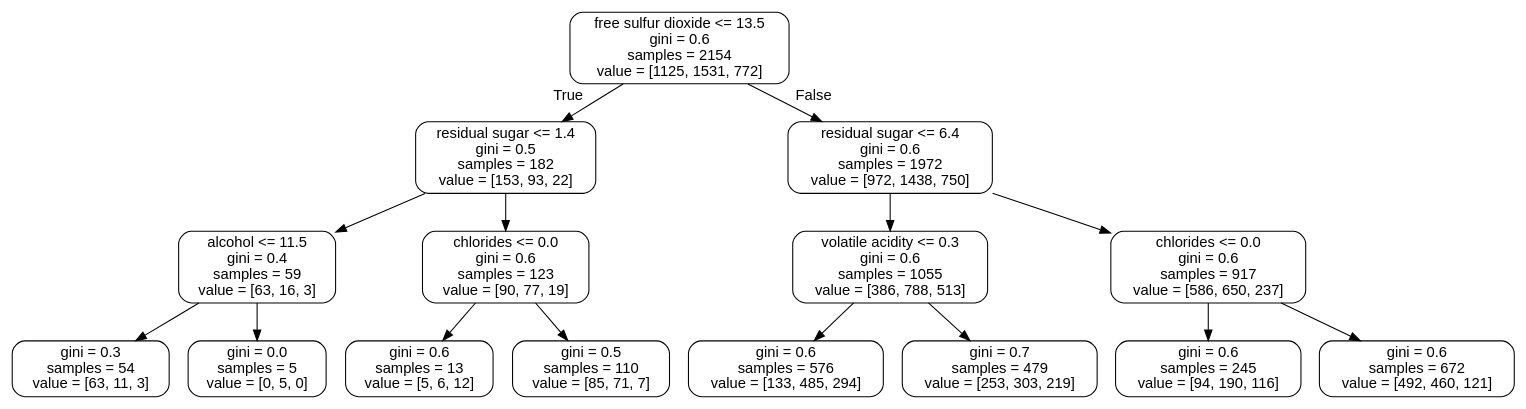
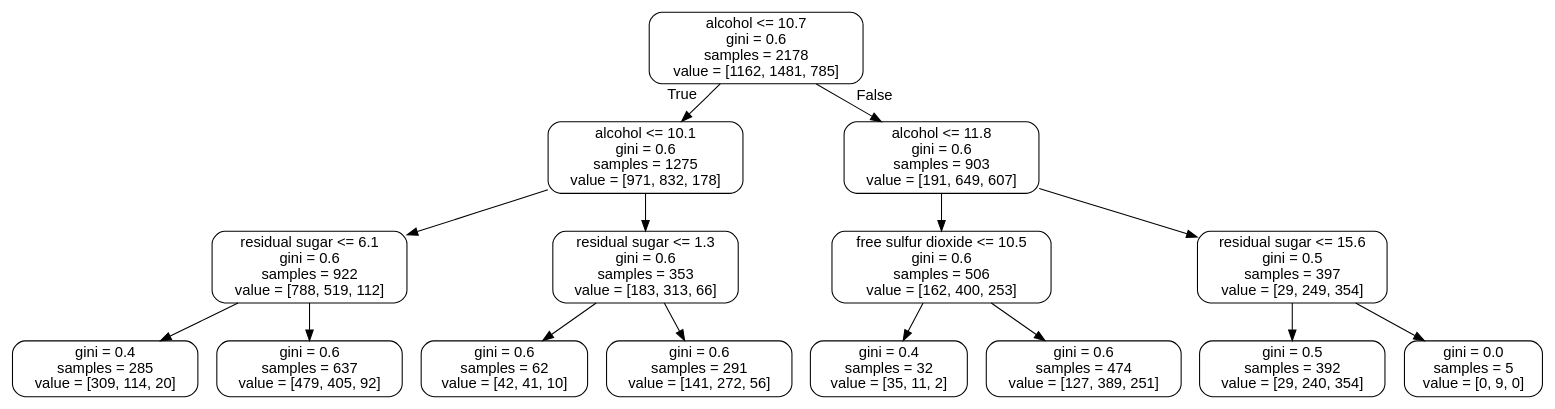
One commit to killianmeehan/Wine-analysis changed the diagram in small_tree.dot. Above: the diagram before and after it, drawn with Graphviz. The commit also changed 9 other files, not shown here.

```diff
--- a/small_tree.dot
+++ b/small_tree.dot
@@ -1,33 +1,33 @@
 digraph Tree {
 node [shape=box, style="rounded", color="black", fontname=helvetica] ;
 edge [fontname=helvetica] ;
-0 [label="free sulfur dioxide <= 13.5\ngini = 0.6\nsamples = 2154\nvalue = [1125, 1531, 772]"] ;
-1 [label="residual sugar <= 1.4\ngini = 0.5\nsamples = 182\nvalue = [153, 93, 22]"] ;
+0 [label="alcohol <= 10.7\ngini = 0.6\nsamples = 2178\nvalue = [1162, 1481, 785]"] ;
+1 [label="alcohol <= 10.1\ngini = 0.6\nsamples = 1275\nvalue = [971, 832, 178]"] ;
 0 -> 1 [labeldistance=2.5, labelangle=45, headlabel="True"] ;
-2 [label="alcohol <= 11.5\ngini = 0.4\nsamples = 59\nvalue = [63, 16, 3]"] ;
+2 [label="residual sugar <= 6.1\ngini = 0.6\nsamples = 922\nvalue = [788, 519, 112]"] ;
 1 -> 2 ;
-3 [label="gini = 0.3\nsamples = 54\nvalue = [63, 11, 3]"] ;
+3 [label="gini = 0.4\nsamples = 285\nvalue = [309, 114, 20]"] ;
 2 -> 3 ;
-4 [label="gini = 0.0\nsamples = 5\nvalue = [0, 5, 0]"] ;
+4 [label="gini = 0.6\nsamples = 637\nvalue = [479, 405, 92]"] ;
 2 -> 4 ;
-5 [label="chlorides <= 0.0\ngini = 0.6\nsamples = 123\nvalue = [90, 77, 19]"] ;
+5 [label="residual sugar <= 1.3\ngini = 0.6\nsamples = 353\nvalue = [183, 313, 66]"] ;
 1 -> 5 ;
-6 [label="gini = 0.6\nsamples = 13\nvalue = [5, 6, 12]"] ;
+6 [label="gini = 0.6\nsamples = 62\nvalue = [42, 41, 10]"] ;
 5 -> 6 ;
-7 [label="gini = 0.5\nsamples = 110\nvalue = [85, 71, 7]"] ;
+7 [label="gini = 0.6\nsamples = 291\nvalue = [141, 272, 56]"] ;
 5 -> 7 ;
-8 [label="residual sugar <= 6.4\ngini = 0.6\nsamples = 1972\nvalue = [972, 1438, 750]"] ;
+8 [label="alcohol <= 11.8\ngini = 0.6\nsamples = 903\nvalue = [191, 649, 607]"] ;
 0 -> 8 [labeldistance=2.5, labelangle=-45, headlabel="False"] ;
-9 [label="volatile acidity <= 0.3\ngini = 0.6\nsamples = 1055\nvalue = [386, 788, 513]"] ;
+9 [label="free sulfur dioxide <= 10.5\ngini = 0.6\nsamples = 506\nvalue = [162, 400, 253]"] ;
 8 -> 9 ;
-10 [label="gini = 0.6\nsamples = 576\nvalue = [133, 485, 294]"] ;
+10 [label="gini = 0.4\nsamples = 32\nvalue = [35, 11, 2]"] ;
 9 -> 10 ;
-11 [label="gini = 0.7\nsamples = 479\nvalue = [253, 303, 219]"] ;
+11 [label="gini = 0.6\nsamples = 474\nvalue = [127, 389, 251]"] ;
 9 -> 11 ;
-12 [label="chlorides <= 0.0\ngini = 0.6\nsamples = 917\nvalue = [586, 650, 237]"] ;
+12 [label="residual sugar <= 15.6\ngini = 0.5\nsamples = 397\nvalue = [29, 249, 354]"] ;
 8 -> 12 ;
-13 [label="gini = 0.6\nsamples = 245\nvalue = [94, 190, 116]"] ;
+13 [label="gini = 0.5\nsamples = 392\nvalue = [29, 240, 354]"] ;
 12 -> 13 ;
-14 [label="gini = 0.6\nsamples = 672\nvalue = [492, 460, 121]"] ;
+14 [label="gini = 0.0\nsamples = 5\nvalue = [0, 9, 0]"] ;
 12 -> 14 ;
 }
```
